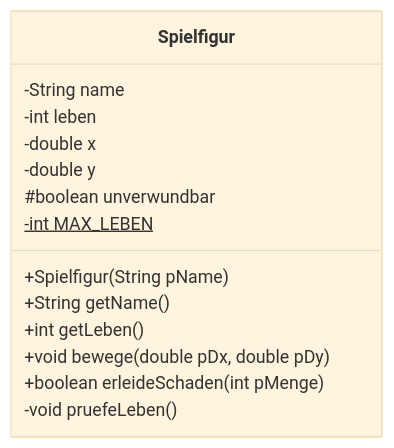
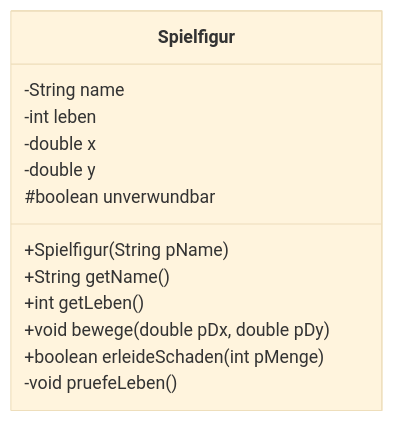
One commit to openpatch/hyperbook-informatik changed the third of 5 diagrams in book/oberstufe/oop/02-erweiterungen/01-vertiefte-objektorientierung/01-implementationsdiagramme.md. Above: the diagram before and after it, drawn with Mermaid (base theme). The commit also changed other lines of this file and 20 other files, not shown here.

````diff
--- a/book/oberstufe/oop/02-erweiterungen/01-vertiefte-objektorientierung/01-implementationsdiagramme.md
+++ b/book/oberstufe/oop/02-erweiterungen/01-vertiefte-objektorientierung/01-implementationsdiagramme.md
@@ -349,17 +238,16 @@
 ```mermaid
 classDiagram
     class Spielfigur {
         -String name
         -int leben
         -double x
         -double y
         #boolean unverwundbar
-        -int MAX_LEBEN$
         +Spielfigur(String pName)
         +String getName()
         +int getLeben()
         +void bewege(double pDx, double pDy)
         +boolean erleideSchaden(int pMenge)
         -void pruefeLeben()
     }
 ```
````
